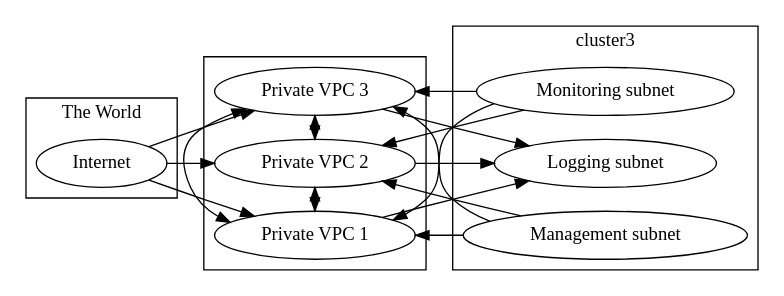
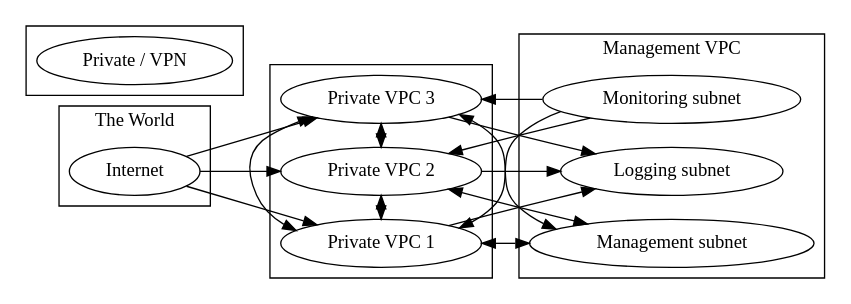
One commit to jpancoast/cloudsetup changed the diagram in docs/test.dot. Above: the diagram before and after it, drawn with Graphviz.

Commit message:
almost there with the basic layout starting from scratch

```diff
--- a/docs/test.dot
+++ b/docs/test.dot
@@ -1,57 +1,61 @@
 digraph G {
     rankdir=LR
 
     subgraph cluster1 {
         label="The World";
         Internet;
 #        host1;
     }
     subgraph cluster2 {
 #        label="Remote Datacenter";
         "Private VPC 1";
         "Private VPC 2";
         "Private VPC 3";
 
         {
             rank="same"
             "Private VPC 1";"Private VPC 2";"Private VPC 3";
         }
     }
 
     subgraph cluster3
     {
-        label="cluster3"
+        label="Management VPC"
         "Logging subnet";
         "Monitoring subnet";
         "Management subnet";
 
         {
             rank="same";
             "Logging subnet";
             "Monitoring subnet";
             "Management subnet";
         }
     }
 
+    subgraph cluster4
+    {
+        "Private / VPN"
+    }
 
 
     Internet -> "Private VPC 1" [constraint=false];
     Internet -> "Private VPC 2";
     Internet -> "Private VPC 3"[constraint=false];
 
     "Private VPC 1" -> "Private VPC 2"[dir="both"];
     "Private VPC 1" -> "Private VPC 3"[dir="both"];
     "Private VPC 2" -> "Private VPC 3"[dir="both"];
 
     "Private VPC 1" -> "Logging subnet";
     "Private VPC 2" -> "Logging subnet";
     "Private VPC 3" -> "Logging subnet";
 
     "Monitoring subnet" -> "Private VPC 1"[constraint=false];
     "Monitoring subnet" -> "Private VPC 2";
     "Monitoring subnet" -> "Private VPC 3";
 
-    "Management subnet" -> "Private VPC 1"[constraint=false];
-    "Management subnet" -> "Private VPC 2"[constraint=false];
-    "Management subnet" -> "Private VPC 3"[constraint=false];
+    "Management subnet" -> "Private VPC 1"[dir="both" constraint=false];
+    "Management subnet" -> "Private VPC 2"[dir="both" constraint=false];
+    "Management subnet" -> "Private VPC 3"[dir="both" constraint=false];
 }
```
